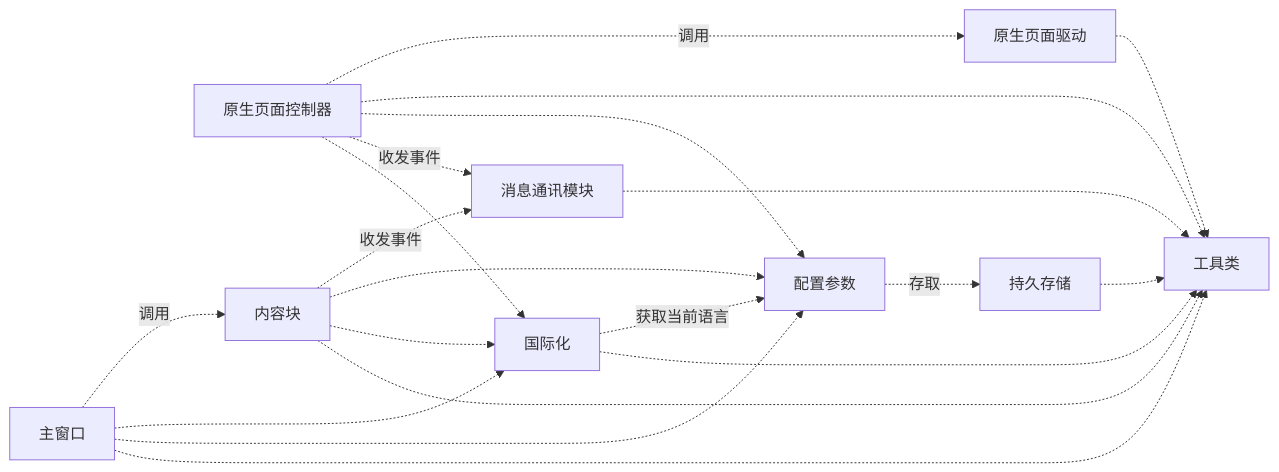
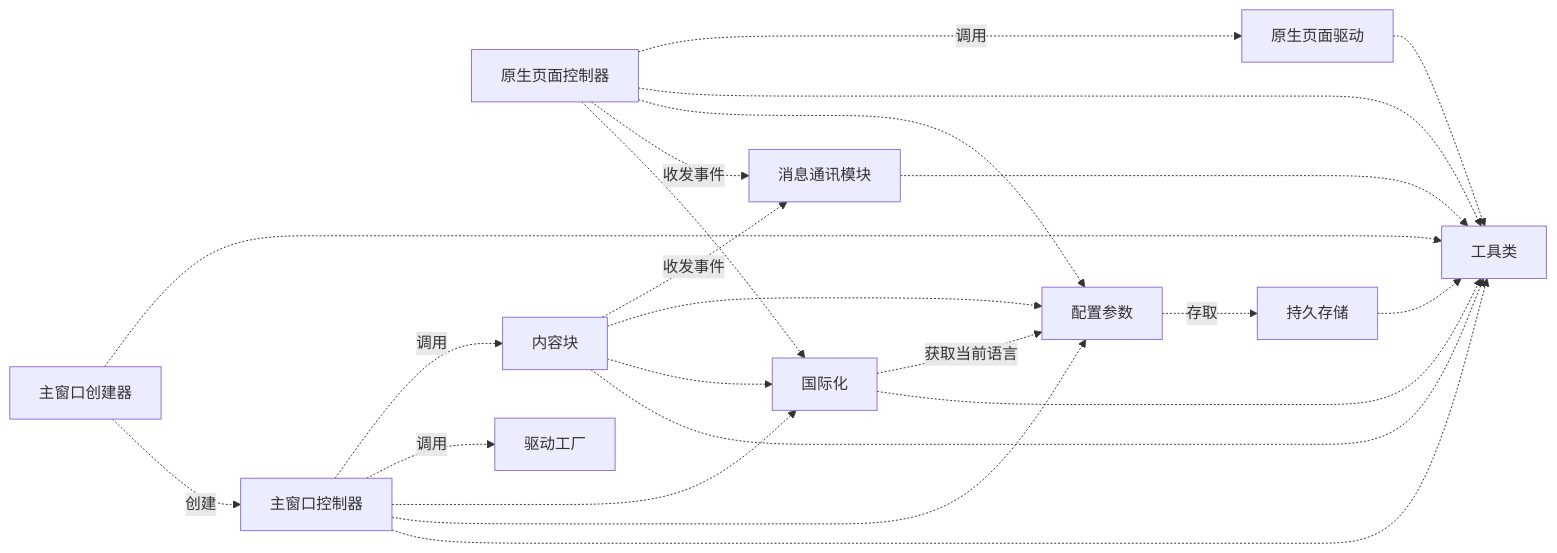
Before and after one commit to jiangjianbo/multi-ai-chat-userscript: the diagram in design/architect.md, drawn with Mermaid. The commit also changed other lines of this file and 9 other files, not shown here.

````diff
--- a/design/architect.md
+++ b/design/architect.md
@@ -56,27 +57,31 @@
 ```mermaid
 graph LR
 
 ctl[原生页面控制器] -.-> |调用| pagedriver[原生页面驱动]
 ctl -.-> util[工具类]
 ctl -.-> config[配置参数]
 ctl -.-> |收发事件| message[消息通讯模块]
 ctl -.-> i18n[国际化]
 
 config -.-> |存取| storage[持久存储]
 pagedriver -.-> util
 storage -.-> util
 
-win[主窗口] -.-> |调用| area[内容块]
-win -.-> i18n
-win -.-> config
-win -.-> util
+win[主窗口创建器] -.-> util
+win -.-> |创建| mw[主窗口控制器]
+
+mw -.-> |调用| area[内容块]
+mw -.-> |调用| factory[驱动工厂]
+mw -.-> i18n
+mw -.-> config
+mw -.-> util
 
 area -.-> |收发事件| message
 area -.-> config
 area -.-> i18n
 area -.-> util
 
 i18n -.-> |获取当前语言| config
 i18n -.-> util
 message -.-> util
 ```
````
